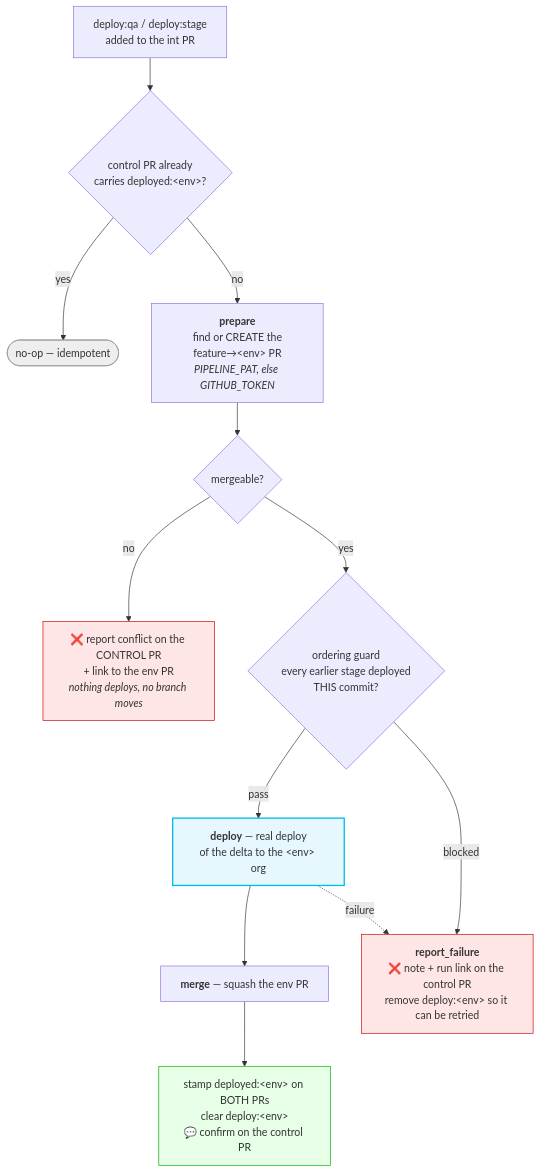
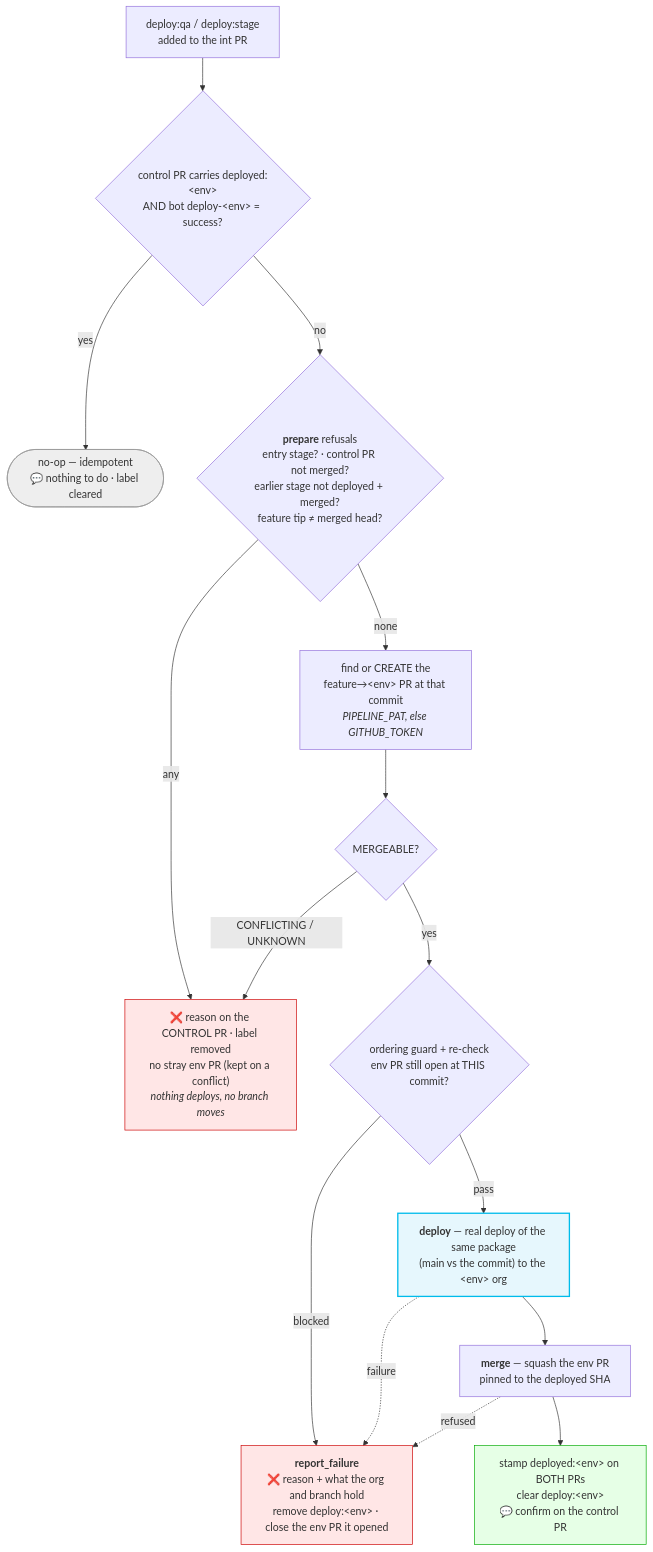
One commit to muraliseelam/sfdx-pipeline-actions changed the eighth of 10 diagrams in docs/Product_Documentation.md. Above: the diagram before and after it, drawn with Mermaid. The commit also changed other lines of this file and 5 other files, not shown here.

First line of the commit message:
Docs: hardening pass — trusted config, approvals, pinned merges, release proof, gated deploys

````diff
--- a/docs/Product_Documentation.md
+++ b/docs/Product_Documentation.md
@@ -567,29 +731,33 @@
 ```mermaid
 flowchart TD
     L["deploy:qa / deploy:stage<br/>added to the int PR"]
-    IDEM{"control PR already<br/>carries deployed:&lt;env&gt;?"}
-    NOOP(["no-op — idempotent"])
-    PREP["<b>prepare</b><br/>find or CREATE the<br/>feature→&lt;env&gt; PR<br/><i>PIPELINE_PAT, else GITHUB_TOKEN</i>"]
-    CONF{"mergeable?"}
-    FAILC["❌ report conflict on the CONTROL PR<br/>+ link to the env PR<br/><i>nothing deploys, no branch moves</i>"]
-    ORD{"ordering guard<br/>every earlier stage deployed<br/>THIS commit?"}
-    DEP["<b>deploy</b> — real deploy<br/>of the delta to the &lt;env&gt; org"]
-    MRG["<b>merge</b> — squash the env PR"]
+    IDEM{"control PR carries deployed:&lt;env&gt;<br/>AND bot deploy-&lt;env&gt; = success?"}
+    NOOP(["no-op — idempotent<br/>💬 nothing to do · label cleared"])
+    REF{"<b>prepare</b> refusals<br/>entry stage? · control PR not merged?<br/>earlier stage not deployed + merged?<br/>feature tip ≠ merged head?"}
+    PREP["find or CREATE the<br/>feature→&lt;env&gt; PR at that commit<br/><i>PIPELINE_PAT, else GITHUB_TOKEN</i>"]
+    CONF{"MERGEABLE?"}
+    FAILC["❌ reason on the CONTROL PR · label removed<br/>no stray env PR (kept on a conflict)<br/><i>nothing deploys, no branch moves</i>"]
+    ORD{"ordering guard + re-check<br/>env PR still open at THIS commit?"}
+    DEP["<b>deploy</b> — real deploy of the same package<br/>(main vs the commit) to the &lt;env&gt; org"]
+    MRG["<b>merge</b> — squash the env PR<br/>pinned to the deployed SHA"]
     STAMP["stamp deployed:&lt;env&gt; on BOTH PRs<br/>clear deploy:&lt;env&gt;<br/>💬 confirm on the control PR"]
-    FAIL["<b>report_failure</b><br/>❌ note + run link on the control PR<br/>remove deploy:&lt;env&gt; so it can be retried"]
+    FAIL["<b>report_failure</b><br/>❌ reason + what the org and branch hold<br/>remove deploy:&lt;env&gt; · close the env PR it opened"]
 
     L --> IDEM
     IDEM -->|yes| NOOP
-    IDEM -->|no| PREP --> CONF
-    CONF -->|no| FAILC
+    IDEM -->|no| REF
+    REF -->|any| FAILC
+    REF -->|none| PREP --> CONF
+    CONF -->|"CONFLICTING / UNKNOWN"| FAILC
     CONF -->|yes| ORD
     ORD -->|blocked| FAIL
     ORD -->|pass| DEP --> MRG --> STAMP
     DEP -.->|failure| FAIL
+    MRG -.->|refused| FAIL
 
     style DEP fill:#E6F7FD,stroke:#00BCEB,stroke-width:2px
     style STAMP fill:#e6ffe6,stroke:#0a0
     style FAILC fill:#ffe6e6,stroke:#c00
     style FAIL fill:#ffe6e6,stroke:#c00
     style NOOP fill:#eee,stroke:#999
 ```
````
